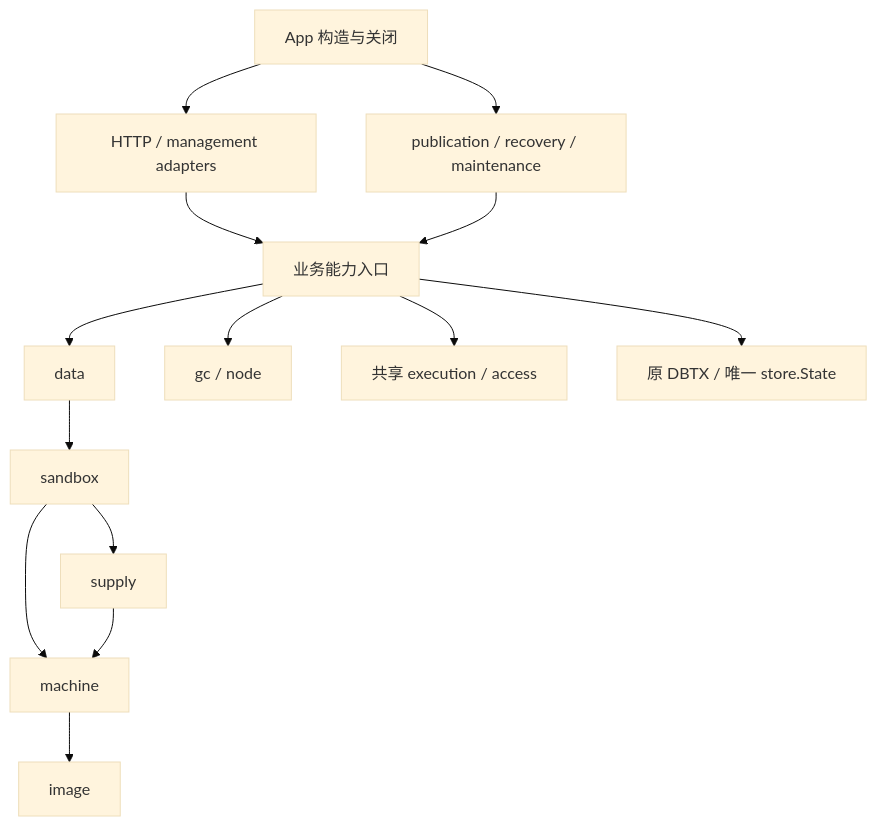
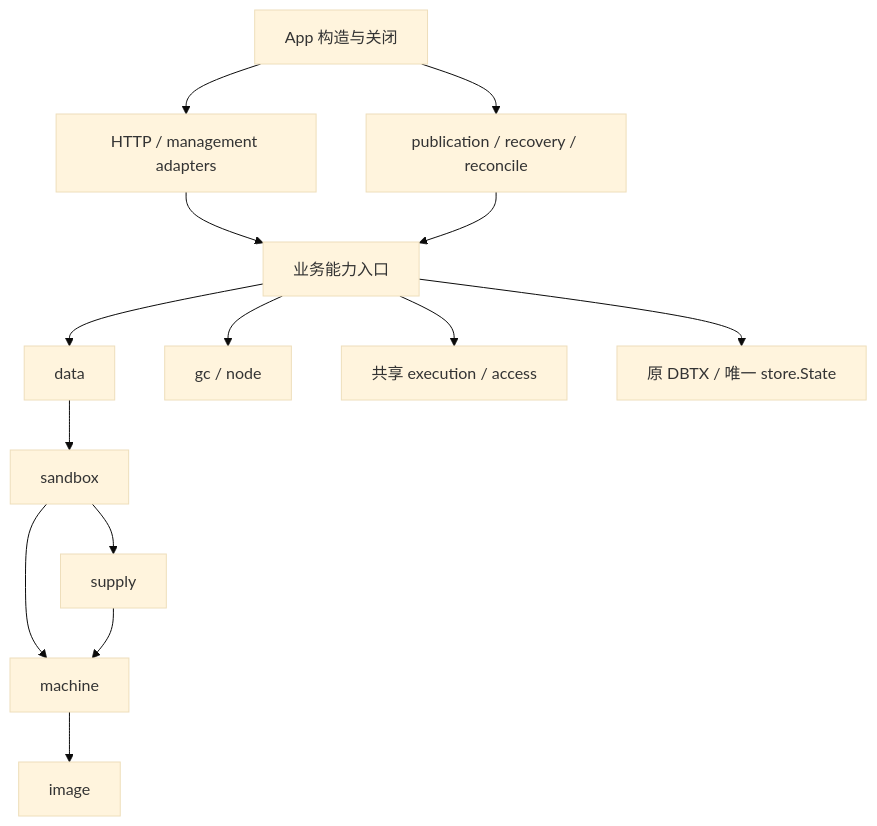
The second of 3 diagrams in docs/architecture.md (woxQAQ/sandbox-101), drawn with Mermaid (base theme) before and after one commit. The commit also changed other lines of this file and 1 other file, not shown here.

Commit message:
docs: sync current contracts with review-driven naming and boundaries
Architecture and Haven test-ownership docs name internal/reconcile and
the testutil <- testfixture <- testapp layering; plan 028 is marked
implemented with its validation boundary.

````diff
--- a/docs/architecture.md
+++ b/docs/architecture.md
@@ -20,16 +20,16 @@
 ```mermaid
 flowchart TD
     App[App 构造与关闭] --> Controllers[HTTP / management adapters]
-    App --> Composition[publication / recovery / maintenance]
+    App --> Composition[publication / recovery / reconcile]
     Controllers --> Capabilities[业务能力入口]
     Capabilities --> Data[data]
     Data --> Sandbox[sandbox]
     Sandbox --> Supply[supply]
     Sandbox --> Machine[machine]
     Supply --> Machine
     Machine --> Image[image]
     Capabilities --> GC[gc / node]
     Composition --> Capabilities
     Capabilities --> Shared[共享 execution / access]
     Capabilities --> Store[原 DBTX / 唯一 store.State]
 ```
````
